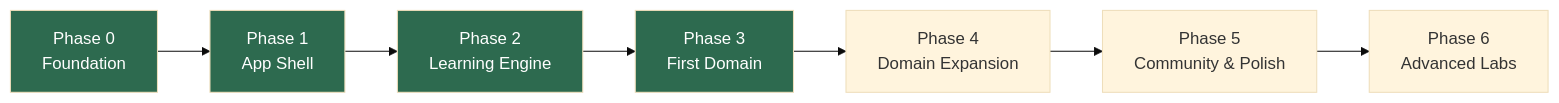
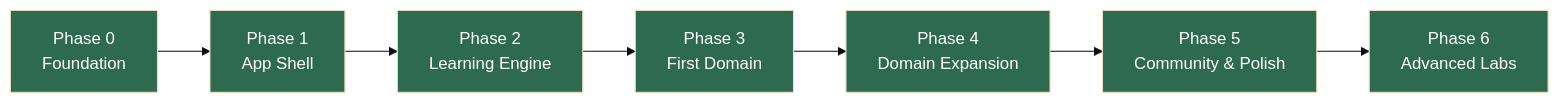
The diagram in ROADMAP.md (ADSACHIN/openlab), drawn with Mermaid (base theme) before and after one commit. The commit also changed other lines of this file and 258 other files, not shown here.

````diff
--- a/ROADMAP.md
+++ b/ROADMAP.md
@@ -6,13 +6,16 @@
 ```mermaid
 flowchart LR
   P0[Phase 0<br/>Foundation] --> P1[Phase 1<br/>App Shell]
   P1 --> P2[Phase 2<br/>Learning Engine]
   P2 --> P3[Phase 3<br/>First Domain]
   P3 --> P4[Phase 4<br/>Domain Expansion]
   P4 --> P5["Phase 5<br/>Community & Polish"]
   P5 --> P6[Phase 6<br/>Advanced Labs]
   style P0 fill:#2d6a4f,color:#fff
   style P1 fill:#2d6a4f,color:#fff
   style P2 fill:#2d6a4f,color:#fff
   style P3 fill:#2d6a4f,color:#fff
+  style P4 fill:#2d6a4f,color:#fff
+  style P5 fill:#2d6a4f,color:#fff
+  style P6 fill:#2d6a4f,color:#fff
 ```
````
